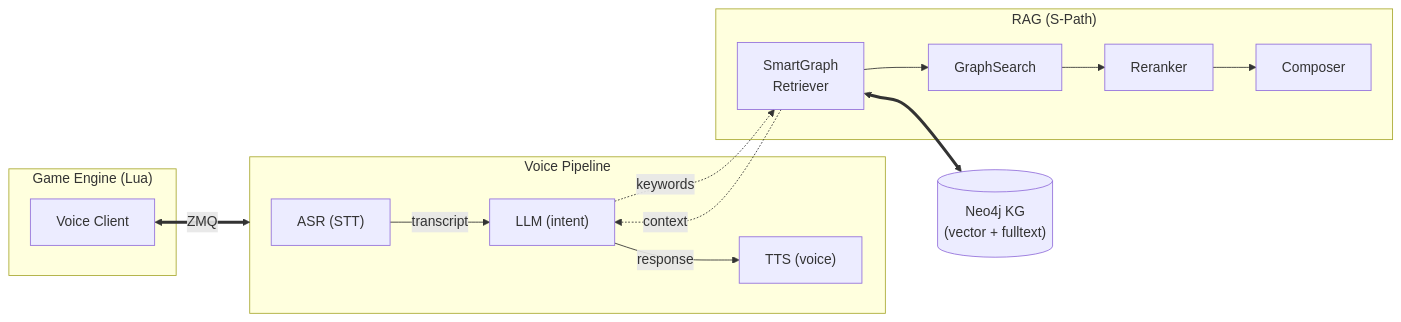
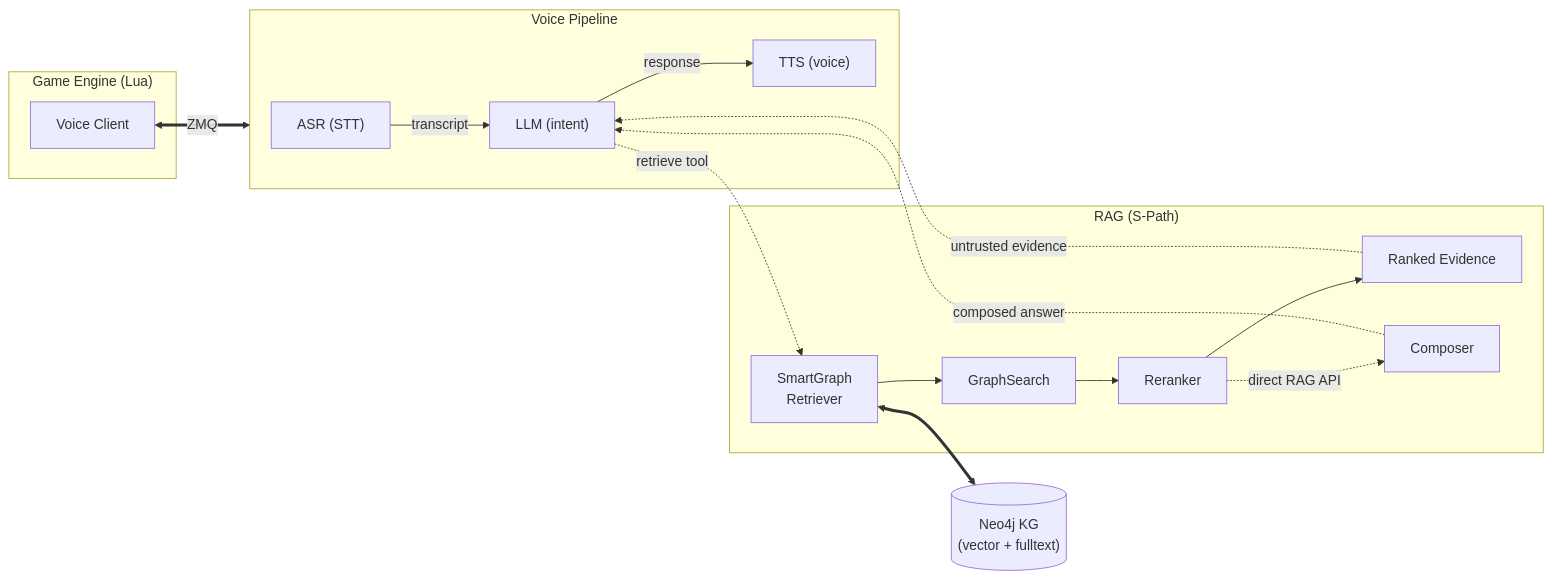
The diagram in README.md (shervinemp/GameASR), drawn with Mermaid before and after one commit. The commit also changed other lines of this file and 51 other files, not shown here.

````diff
--- a/README.md
+++ b/README.md
@@ -7,24 +7,26 @@
 ```mermaid
 flowchart LR
     subgraph Game["Game Engine (Lua)"]
         Client["Voice Client"]
     end
 
     subgraph Pipeline["Voice Pipeline"]
         ASR["ASR (STT)"] -->|transcript| LLM["LLM (intent)"]
         LLM -->|response| TTS["TTS (voice)"]
     end
 
     subgraph RAG["RAG (S-Path)"]
         SGR["SmartGraph<br/>Retriever"] --> GS["GraphSearch"]
         GS --> RR["Reranker"]
-        RR --> CP["Composer"]
+        RR --> EV["Ranked Evidence"]
+        RR -.->|direct RAG API| CP["Composer"]
     end
 
     KG[("Neo4j KG<br/>(vector + fulltext)")]
 
     Client <==>|ZMQ| Pipeline
-    LLM -.->|keywords| SGR
-    SGR -.->|context| LLM
+    LLM -.->|retrieve tool| SGR
+    EV -.->|untrusted evidence| LLM
+    CP -.->|composed answer| LLM
     SGR <==> KG
 ```
````
